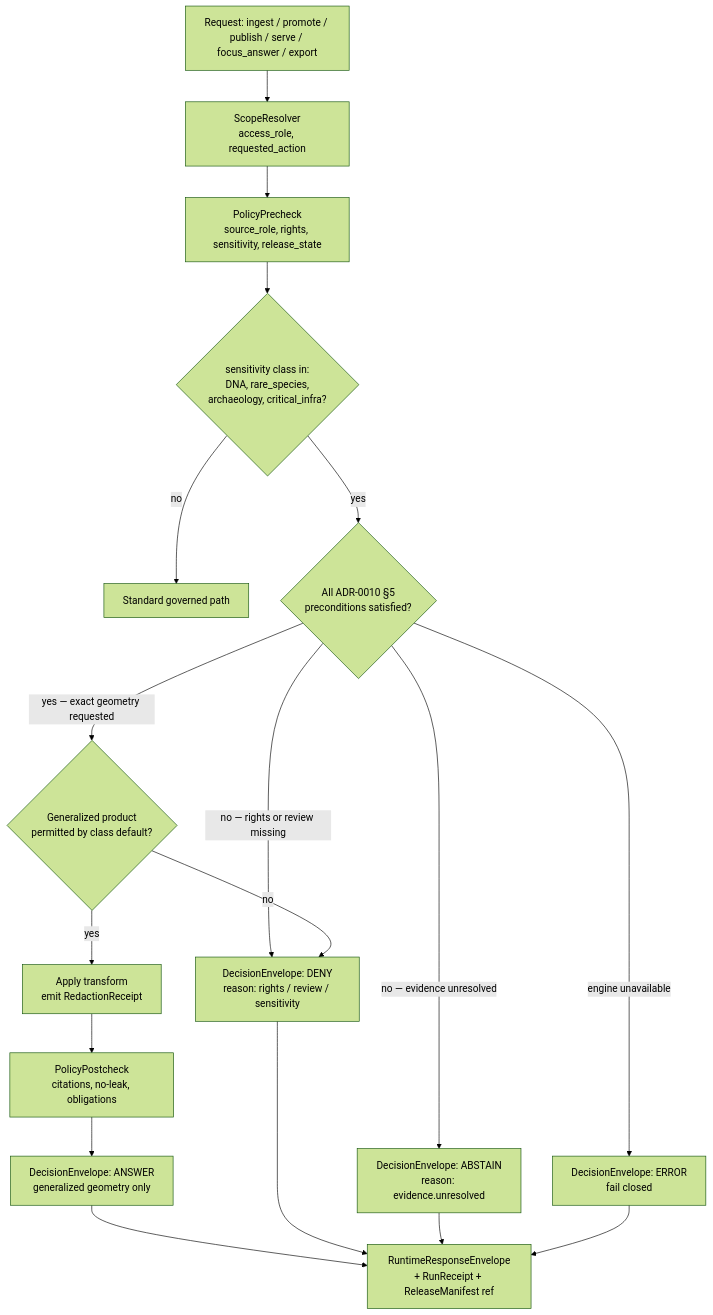
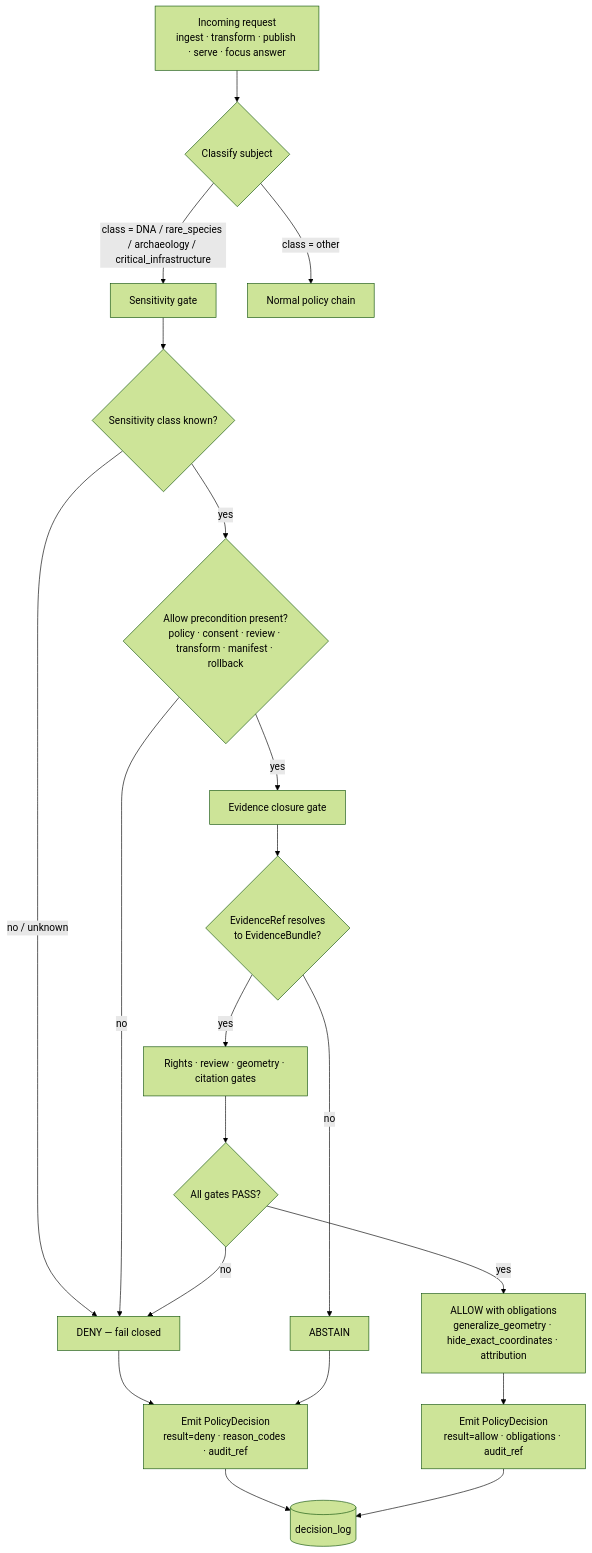
One commit to bartytime4life/Kansas-Frontier-Matrix changed the diagram in docs/adr/ADR-0010-deny-by-default-for-dna-rare-species-archaeology-infrastructure.md. Above: the diagram before and after it, drawn with Mermaid (forest theme). The commit also changed other lines of this file, not shown here.

````diff
--- a/docs/adr/ADR-0010-deny-by-default-for-dna-rare-species-archaeology-infrastructure.md
+++ b/docs/adr/ADR-0010-deny-by-default-for-dna-rare-species-archaeology-infrastructure.md
@@ -221,20 +182,25 @@
 ```mermaid
 flowchart TD
-    A["Request: ingest / promote / publish / serve / focus_answer / export"] --> B["ScopeResolver<br/>access_role, requested_action"]
-    B --> C["PolicyPrecheck<br/>source_role, rights, sensitivity, release_state"]
-    C --> D{"sensitivity class in:<br/>DNA, rare_species,<br/>archaeology, critical_infra?"}
-    D -->|no| E["Standard governed path"]
-    D -->|yes| F{"All ADR-0010 §5<br/>preconditions satisfied?"}
-    F -->|"no — rights or review missing"| G["DecisionEnvelope: DENY<br/>reason: rights / review / sensitivity"]
-    F -->|"no — evidence unresolved"| H["DecisionEnvelope: ABSTAIN<br/>reason: evidence.unresolved"]
-    F -->|"engine unavailable"| I["DecisionEnvelope: ERROR<br/>fail closed"]
-    F -->|"yes — exact geometry requested"| J{"Generalized product<br/>permitted by class default?"}
-    J -->|no| G
-    J -->|yes| K["Apply transform<br/>emit RedactionReceipt"]
-    K --> L["PolicyPostcheck<br/>citations, no-leak, obligations"]
-    L --> M["DecisionEnvelope: ANSWER<br/>generalized geometry only"]
-    M --> N["RuntimeResponseEnvelope<br/>+ RunReceipt + ReleaseManifest ref"]
-    G --> N
-    H --> N
-    I --> N
+    A[Incoming request<br/>ingest · transform · publish · serve · focus answer] --> B{Classify subject}
+    B -->|class = DNA / rare_species / archaeology / critical_infrastructure| C[Sensitivity gate]
+    B -->|class = other| Z[Normal policy chain]
+
+    C --> D{Sensitivity class known?}
+    D -->|no / unknown| K[DENY — fail closed]
+    D -->|yes| E{Allow precondition present?<br/>policy · consent · review · transform · manifest · rollback}
+
+    E -->|no| K
+    E -->|yes| F[Evidence closure gate]
+    F --> G{EvidenceRef resolves<br/>to EvidenceBundle?}
+    G -->|no| L[ABSTAIN]
+    G -->|yes| H[Rights · review · geometry · citation gates]
+    H --> I{All gates PASS?}
+    I -->|no| K
+    I -->|yes| J[ALLOW with obligations<br/>generalize_geometry · hide_exact_coordinates · attribution]
+
+    K --> M[Emit PolicyDecision<br/>result=deny · reason_codes · audit_ref]
+    L --> M
+    J --> N[Emit PolicyDecision<br/>result=allow · obligations · audit_ref]
+    M --> O[(decision_log)]
+    N --> O
 ```
````
